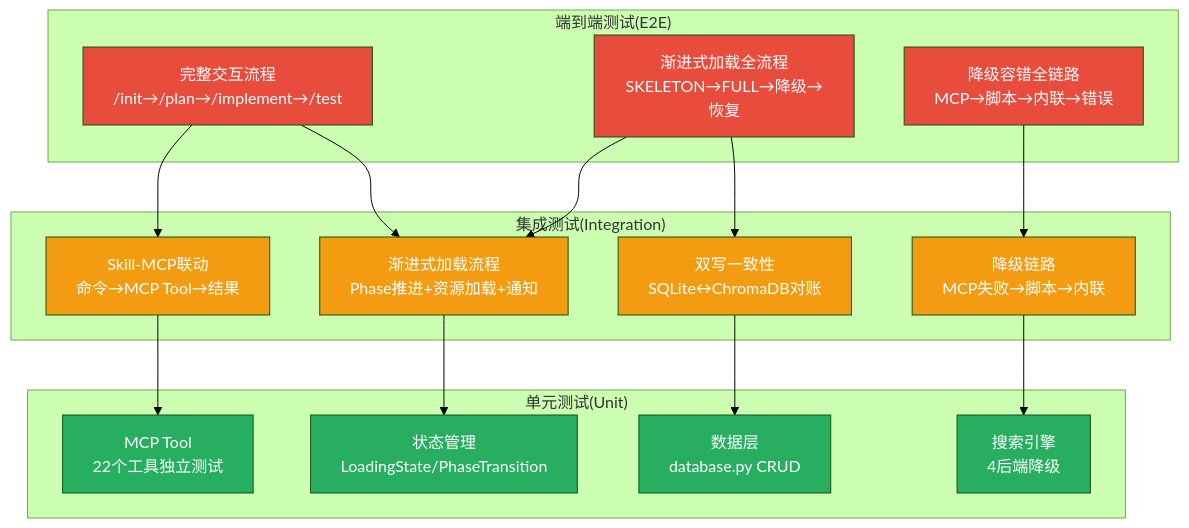
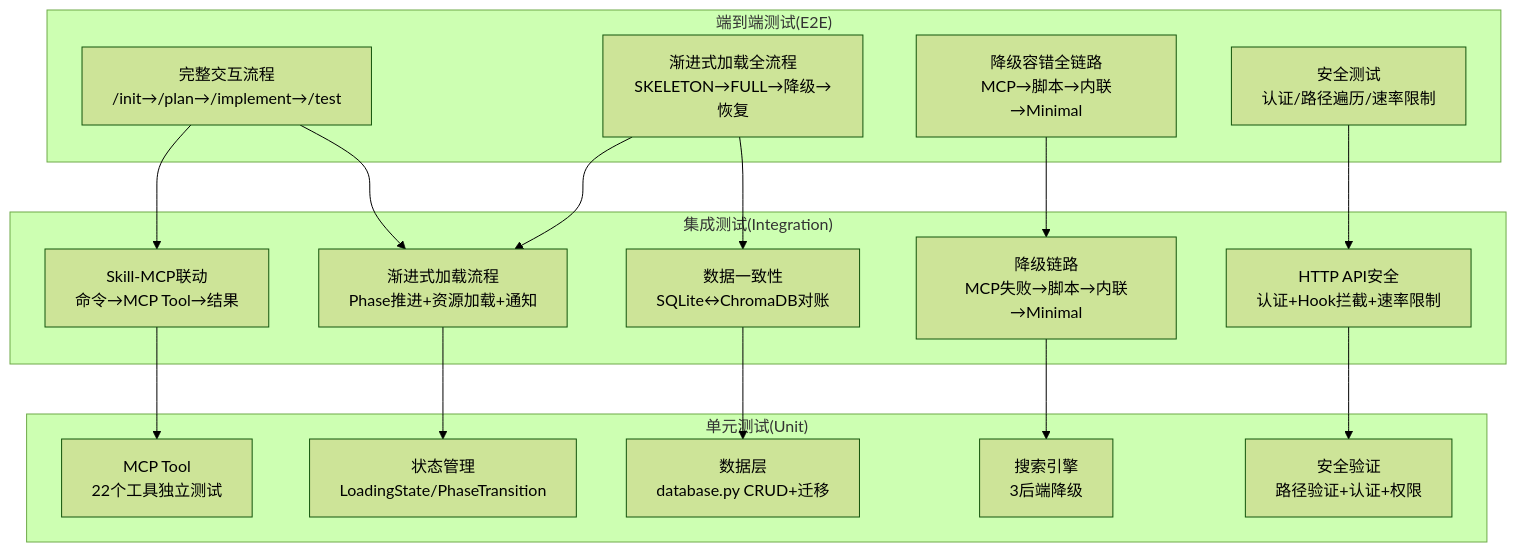
One commit to xuanyuanchumo/xuansto changed the fifth of 6 diagrams in docs/plan/REFACTOR_PLAN.md. Above: the diagram before and after it, drawn with Mermaid (forest theme). The commit also changed other lines of this file and 138 other files, not shown here.

````diff
--- a/docs/plan/REFACTOR_PLAN.md
+++ b/docs/plan/REFACTOR_PLAN.md
@@ -651,44 +533,37 @@
 ```mermaid
 graph TB
     subgraph "端到端测试(E2E)"
         E2E1["完整交互流程<br/>/init→/plan→/implement→/test"]
         E2E2["渐进式加载全流程<br/>SKELETON→FULL→降级→恢复"]
-        E2E3["降级容错全链路<br/>MCP→脚本→内联→错误"]
+        E2E3["降级容错全链路<br/>MCP→脚本→内联→Minimal"]
+        E2E4["安全测试<br/>认证/路径遍历/速率限制"]
     end
 
     subgraph "集成测试(Integration)"
         INT1["Skill-MCP联动<br/>命令→MCP Tool→结果"]
         INT2["渐进式加载流程<br/>Phase推进+资源加载+通知"]
-        INT3["双写一致性<br/>SQLite↔ChromaDB对账"]
-        INT4["降级链路<br/>MCP失败→脚本→内联"]
+        INT3["数据一致性<br/>SQLite↔ChromaDB对账"]
+        INT4["降级链路<br/>MCP失败→脚本→内联→Minimal"]
+        INT5["HTTP API安全<br/>认证+Hook拦截+速率限制"]
     end
 
     subgraph "单元测试(Unit)"
         UNIT1["MCP Tool<br/>22个工具独立测试"]
         UNIT2["状态管理<br/>LoadingState/PhaseTransition"]
-        UNIT3["数据层<br/>database.py CRUD"]
-        UNIT4["搜索引擎<br/>4后端降级"]
+        UNIT3["数据层<br/>database.py CRUD+迁移"]
+        UNIT4["搜索引擎<br/>3后端降级"]
+        UNIT5["安全验证<br/>路径验证+认证+权限"]
     end
 
     E2E1 --> INT1
     E2E1 --> INT2
     E2E2 --> INT2
     E2E2 --> INT3
     E2E3 --> INT4
+    E2E4 --> INT5
     INT1 --> UNIT1
     INT2 --> UNIT2
     INT3 --> UNIT3
     INT4 --> UNIT4
-
-    style E2E1 fill:#e74c3c,color:#fff
-    style E2E2 fill:#e74c3c,color:#fff
-    style E2E3 fill:#e74c3c,color:#fff
-    style INT1 fill:#f39c12,color:#fff
-    style INT2 fill:#f39c12,color:#fff
-    style INT3 fill:#f39c12,color:#fff
-    style INT4 fill:#f39c12,color:#fff
-    style UNIT1 fill:#27ae60,color:#fff
-    style UNIT2 fill:#27ae60,color:#fff
-    style UNIT3 fill:#27ae60,color:#fff
-    style UNIT4 fill:#27ae60,color:#fff
+    INT5 --> UNIT5
 ```
````
